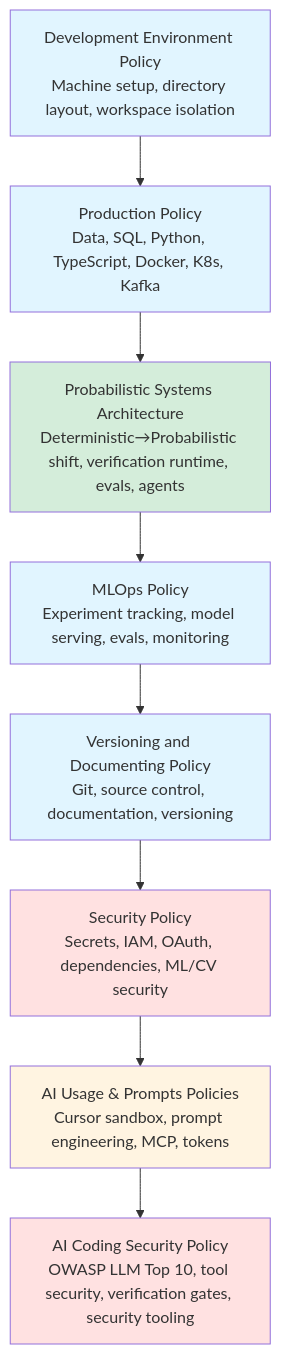
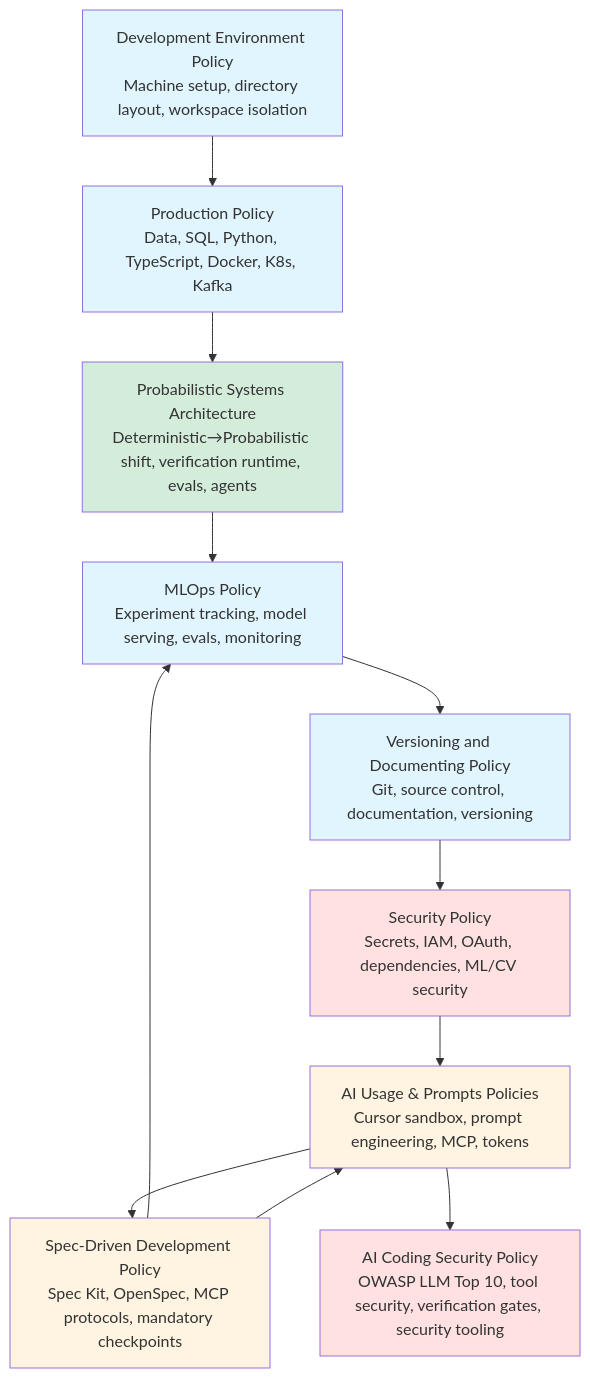
One commit to alfonsocruzvelasco/engineering-policies changed the diagram in README.md. Above: the diagram before and after it, drawn with Mermaid. The commit also changed other lines of this file and 1 other file, not shown here.

First line of the commit message:
docs: improve spec-driven development policy integration

````diff
--- a/README.md
+++ b/README.md
@@ -154,19 +154,23 @@
 ```mermaid
 flowchart TD
     A[Development Environment Policy<br/>Machine setup, directory layout, workspace isolation] --> B[Production Policy<br/>Data, SQL, Python, TypeScript, Docker, K8s, Kafka]
     B --> G[Probabilistic Systems Architecture<br/>Deterministic→Probabilistic shift, verification runtime, evals, agents]
     G --> C[MLOps Policy<br/>Experiment tracking, model serving, evals, monitoring]
     C --> D[Versioning and Documenting Policy<br/>Git, source control, documentation, versioning]
     D --> E[Security Policy<br/>Secrets, IAM, OAuth, dependencies, ML/CV security]
     E --> F[AI Usage & Prompts Policies<br/>Cursor sandbox, prompt engineering, MCP, tokens]
+    F --> I[Spec-Driven Development Policy<br/>Spec Kit, OpenSpec, MCP protocols, mandatory checkpoints]
     F --> H[AI Coding Security Policy<br/>OWASP LLM Top 10, tool security, verification gates, security tooling]
+    I --> C
+    I --> F
 
     style A fill:#e1f5ff
     style B fill:#e1f5ff
     style G fill:#d4edda
     style C fill:#e1f5ff
     style D fill:#e1f5ff
     style E fill:#ffe1e1
     style F fill:#fff4e1
     style H fill:#ffe1e1
+    style I fill:#fff4e1
 ```
````
